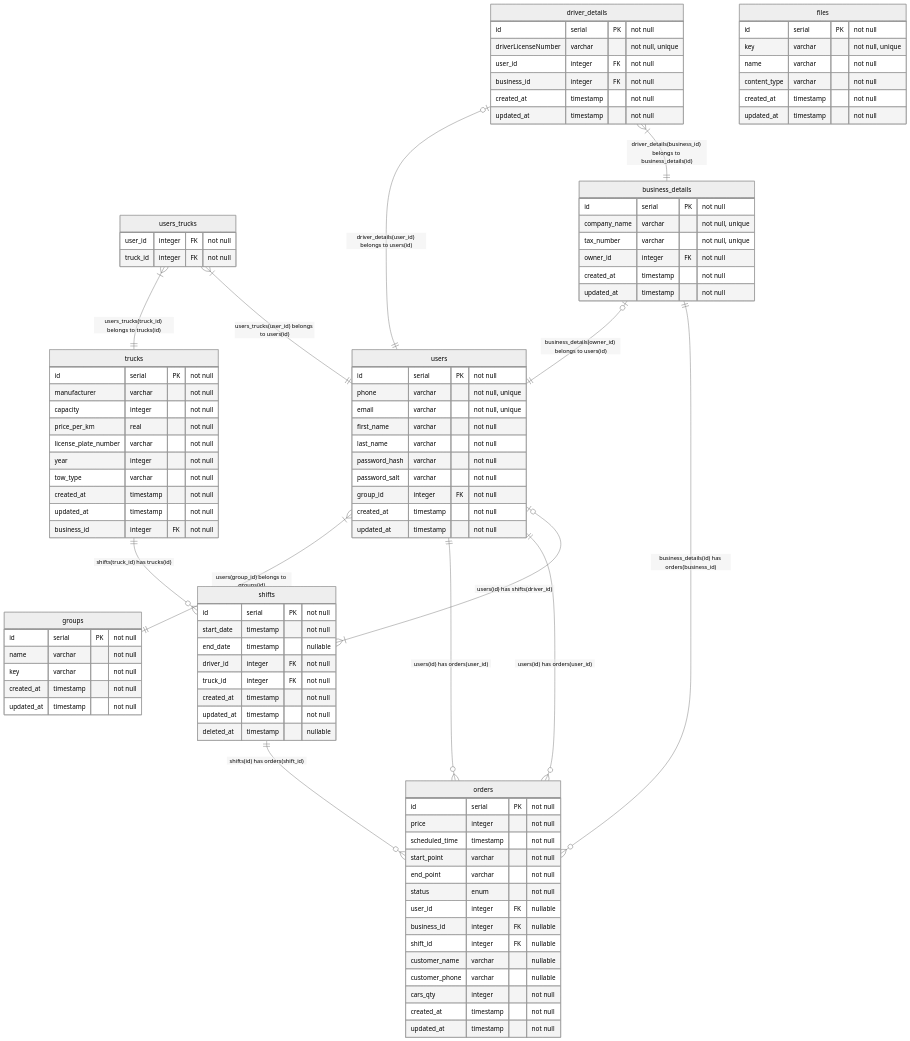
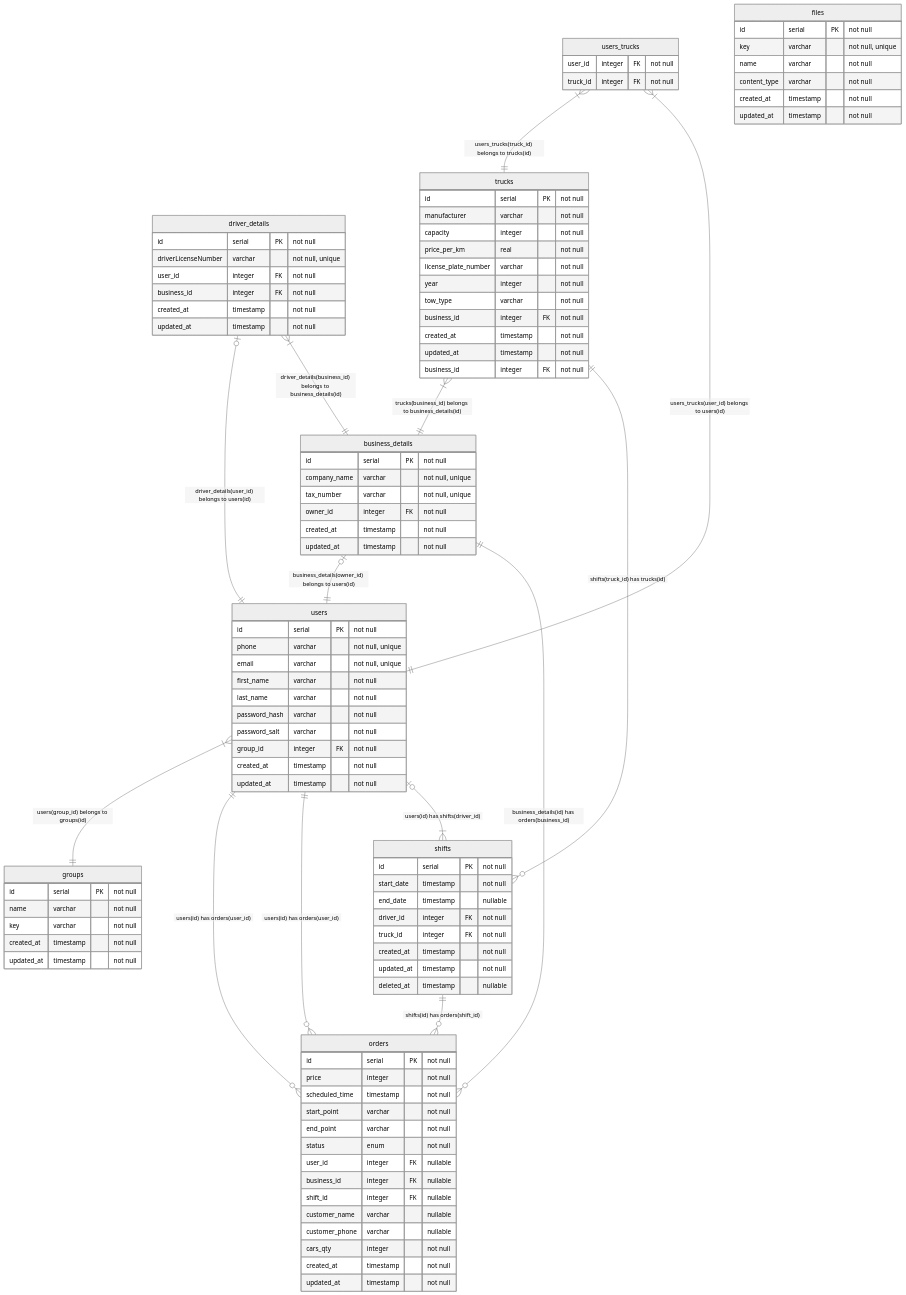
One commit to BinaryStudioAcademy/bsa-2023-towhub changed the diagram in readme.md. Above: the diagram before and after it, drawn with Mermaid (neutral theme). The commit also changed 79 other files, not shown here.

```diff
--- a/readme.md
+++ b/readme.md
@@ -85,6 +85,7 @@
         license_plate_number varchar "not null"
         year integer "not null"
         tow_type varchar "not null"
+        business_id integer FK "not null"
         created_at timestamp "not null"
         updated_at timestamp "not null"
         business_id integer FK "not null"
@@ -136,6 +137,7 @@
     users one or many -- one groups: "users(group_id) belongs to groups(id)"
     business_details zero or one -- one users: "business_details(owner_id) belongs to users(id)"
     driver_details zero or one -- one users: "driver_details(user_id) belongs to users(id)"
+    trucks one or many -- one business_details: "trucks(business_id) belongs to business_details(id)"
     driver_details one or many -- one business_details: "driver_details(business_id) belongs to business_details(id)"
     users one -- zero or many orders: "users(id) has orders(user_id)"
     users one -- zero or many orders: "users(id) has orders(user_id)"
```
